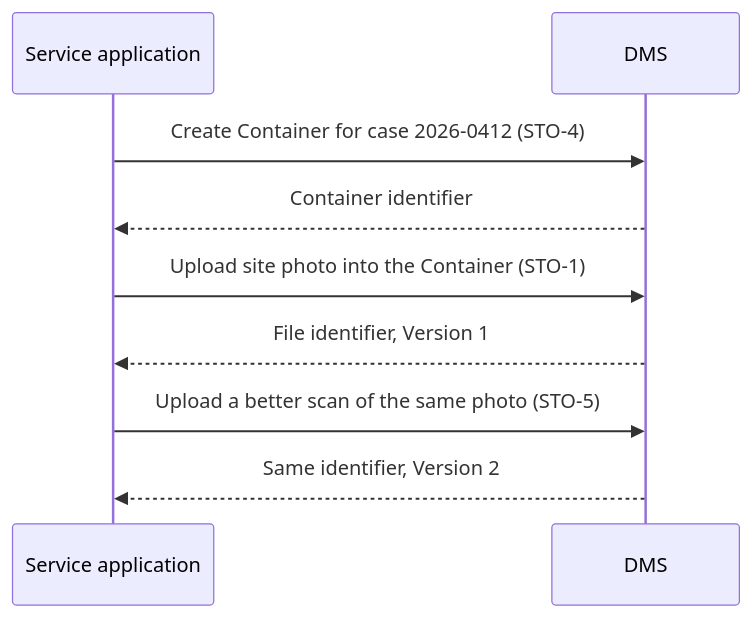
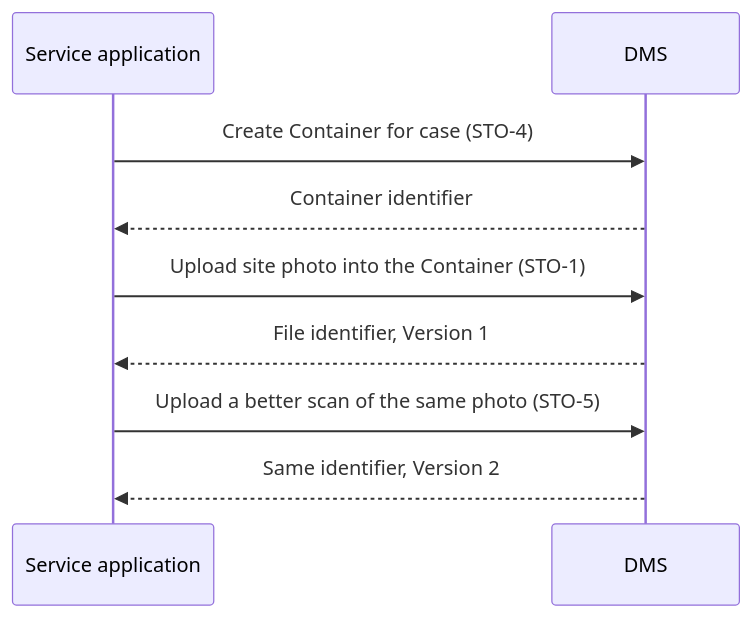
The diagram in requirements/file-storage.md (GovStackWorkingGroup/bb-file-management), drawn with Mermaid before and after one commit.

Commit message:
Update file-storage.md
Deleted wrong placed date

````diff
--- a/requirements/file-storage.md
+++ b/requirements/file-storage.md
@@ -242,11 +242,11 @@
 ```mermaid
 sequenceDiagram
   participant S as Service application
   participant D as DMS
-  S->>D: Create Container for case 2026-0412 (STO-4)
+  S->>D: Create Container for case (STO-4)
   D-->>S: Container identifier
   S->>D: Upload site photo into the Container (STO-1)
   D-->>S: File identifier, Version 1
   S->>D: Upload a better scan of the same photo (STO-5)
   D-->>S: Same identifier, Version 2
 ```
````
